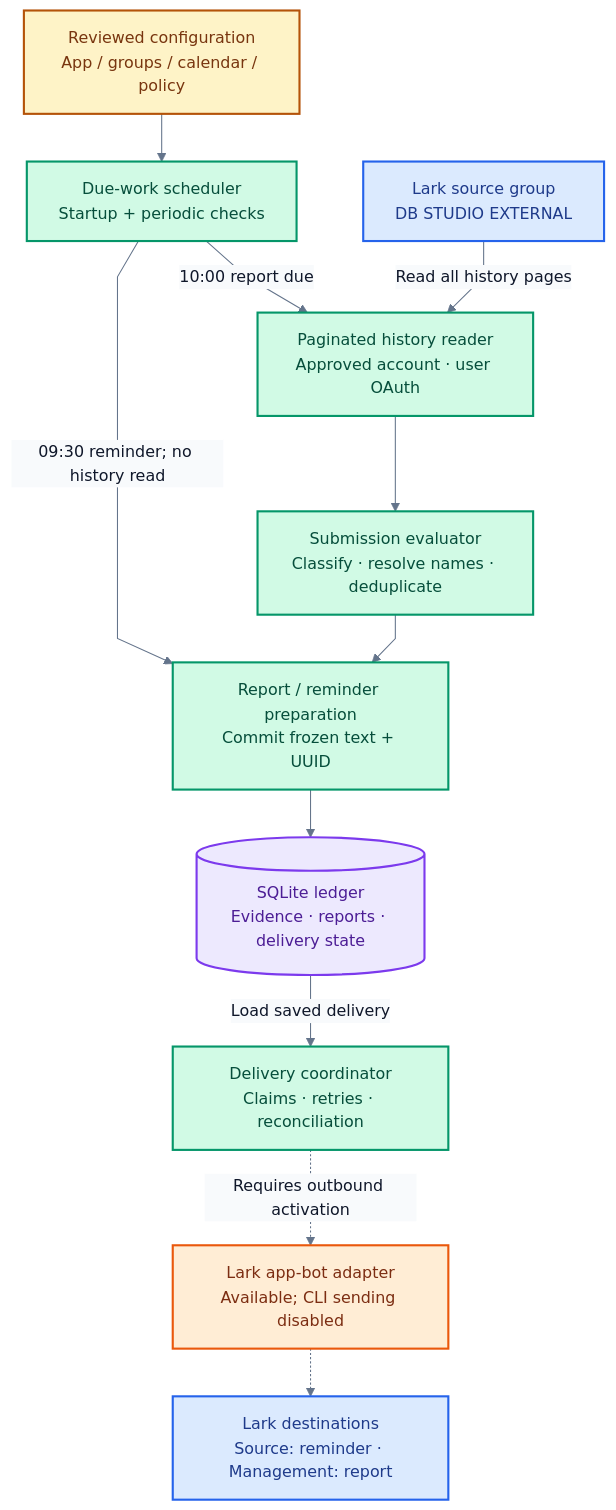
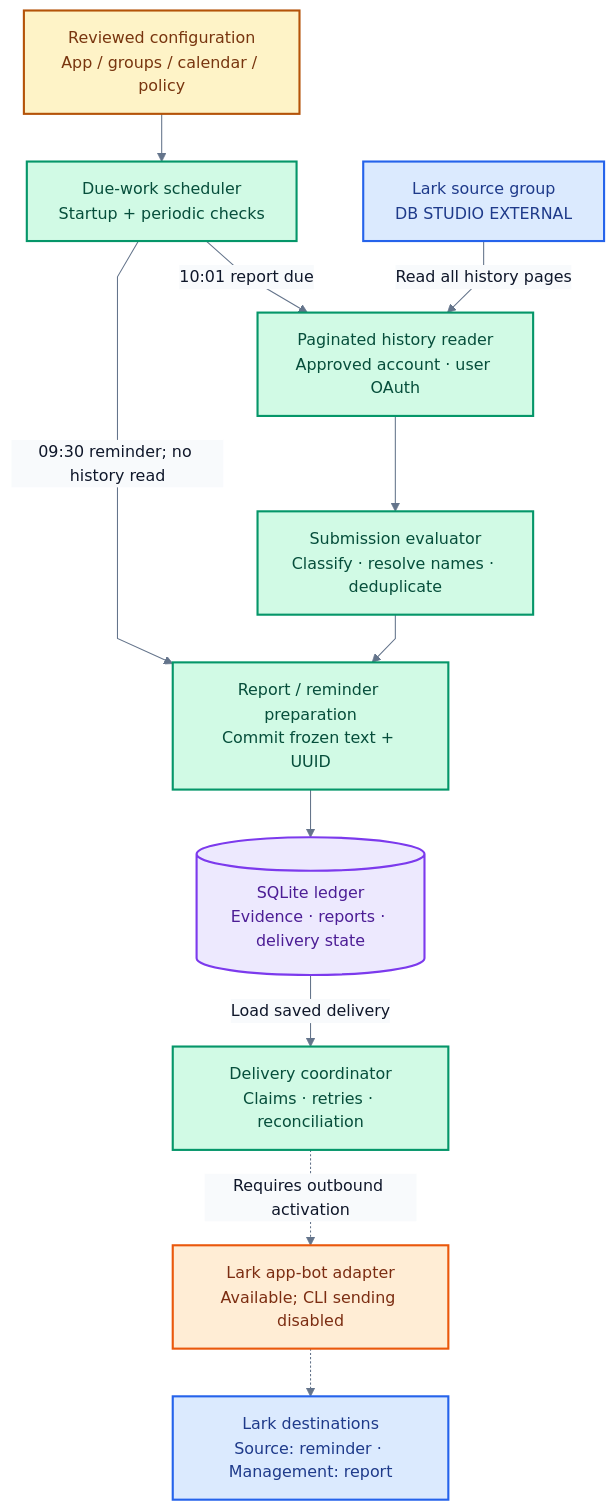
The first of 2 diagrams in README.md (mbeka02/task-list-submission-automation), drawn with Mermaid before and after one commit. The commit also changed other lines of this file and 1 other file, not shown here.

````diff
--- a/README.md
+++ b/README.md
@@ -45,31 +45,31 @@
 ```mermaid
 %%{init: {"theme":"base","fontFamily":"sans-serif","themeVariables":{"fontFamily":"sans-serif","fontSize":"15px","lineColor":"#64748b","primaryTextColor":"#0f172a","edgeLabelBackground":"#f8fafc"},"flowchart":{"curve":"linear","nodeSpacing":40,"rankSpacing":45}}}%%
 flowchart TB
     CONFIG["Reviewed configuration<br/>App / groups / calendar / policy"]:::config
     SCHEDULE["Due-work scheduler<br/>Startup + periodic checks"]:::worker
     SOURCE["Lark source group<br/>DB STUDIO EXTERNAL"]:::lark
     READER["Paginated history reader<br/>Approved account · user OAuth"]:::worker
     EVALUATE["Submission evaluator<br/>Classify · resolve names · deduplicate"]:::worker
     FREEZE["Report / reminder preparation<br/>Commit frozen text + UUID"]:::worker
     LEDGER[("SQLite ledger<br/>Evidence · reports · delivery state")]:::storage
     DELIVERY["Delivery coordinator<br/>Claims · retries · reconciliation"]:::worker
     BOT["Lark app-bot adapter<br/>Available; CLI sending disabled"]:::outbound
     TARGETS["Lark destinations<br/>Source: reminder · Management: report"]:::lark
 
     CONFIG --> SCHEDULE
-    SCHEDULE -->|10:00 report due| READER
+    SCHEDULE -->|10:01 report due| READER
     SOURCE -->|Read all history pages| READER
     READER --> EVALUATE
     EVALUATE --> FREEZE
     SCHEDULE -->|09:30 reminder; no history read| FREEZE
     FREEZE --> LEDGER
     LEDGER -->|Load saved delivery| DELIVERY
     DELIVERY -.->|Requires outbound activation| BOT
     BOT -.-> TARGETS
 
     classDef config fill:#fef3c7,stroke:#b45309,color:#78350f,stroke-width:2px;
     classDef lark fill:#dbeafe,stroke:#2563eb,color:#1e3a8a,stroke-width:2px;
     classDef worker fill:#d1fae5,stroke:#059669,color:#064e3b,stroke-width:2px;
     classDef storage fill:#ede9fe,stroke:#7c3aed,color:#4c1d95,stroke-width:2px;
     classDef outbound fill:#ffedd5,stroke:#ea580c,color:#7c2d12,stroke-width:2px;
 ```
````
